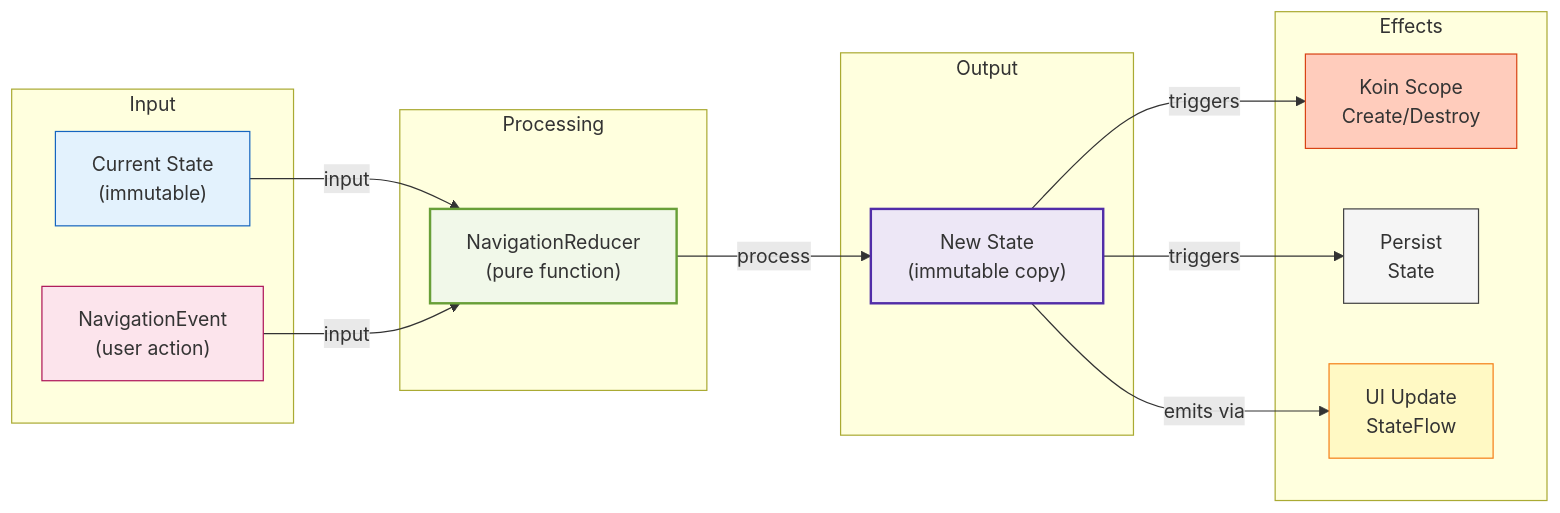
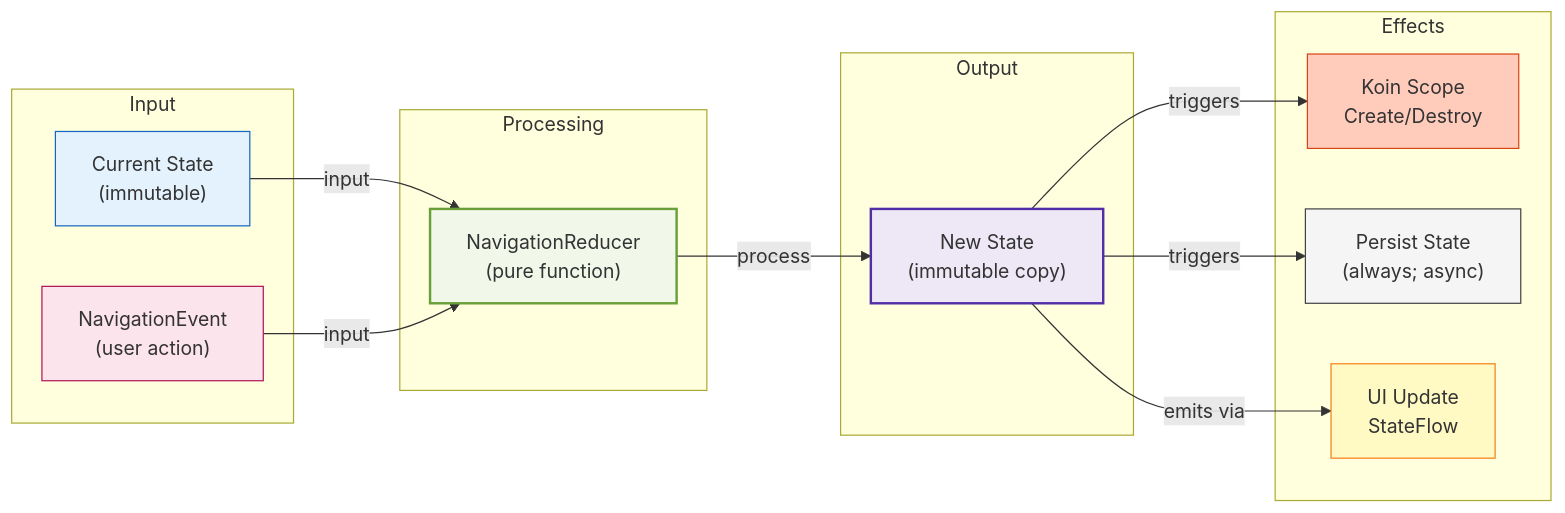
One commit to rdv0011/work-test-mobile changed the tenth of 15 diagrams in plan/NAVIGATION_MERMAID_DIAGRAMS.md. Above: the diagram before and after it, drawn with Mermaid. The commit also changed other lines of this file and 1 other file, not shown here.

First line of the commit message:
docs(plan): revise navigation architecture guide and mermaid diagrams

````diff
--- a/plan/NAVIGATION_MERMAID_DIAGRAMS.md
+++ b/plan/NAVIGATION_MERMAID_DIAGRAMS.md
@@ -442,36 +448,36 @@
 ```mermaid
 graph LR
     subgraph "Input"
         CS["Current State<br/>(immutable)"]
         E["NavigationEvent<br/>(user action)"]
     end
     
     subgraph "Processing"
         R["NavigationReducer<br/>(pure function)"]
     end
     
     subgraph "Output"
         NS["New State<br/>(immutable copy)"]
     end
     
     subgraph "Effects"
         KS["Koin Scope<br/>Create/Destroy"]
-        PS["Persist<br/>State"]
+        PS["Persist State<br/>(always; async)"]
         UI["UI Update<br/>StateFlow"]
     end
     
     CS -->|input| R
     E -->|input| R
     R -->|process| NS
     NS -->|triggers| KS
     NS -->|triggers| PS
     NS -->|emits via| UI
     
     style CS fill:#e3f2fd,stroke:#1565c0
     style E fill:#fce4ec,stroke:#ad1457
     style R fill:#f1f8e9,stroke:#689f38,stroke-width:2px
     style NS fill:#ede7f6,stroke:#512da8,stroke-width:2px
     style KS fill:#ffccbc,stroke:#d84315
     style PS fill:#f5f5f5,stroke:#424242
     style UI fill:#fff9c4,stroke:#f57f17
 ```
````
